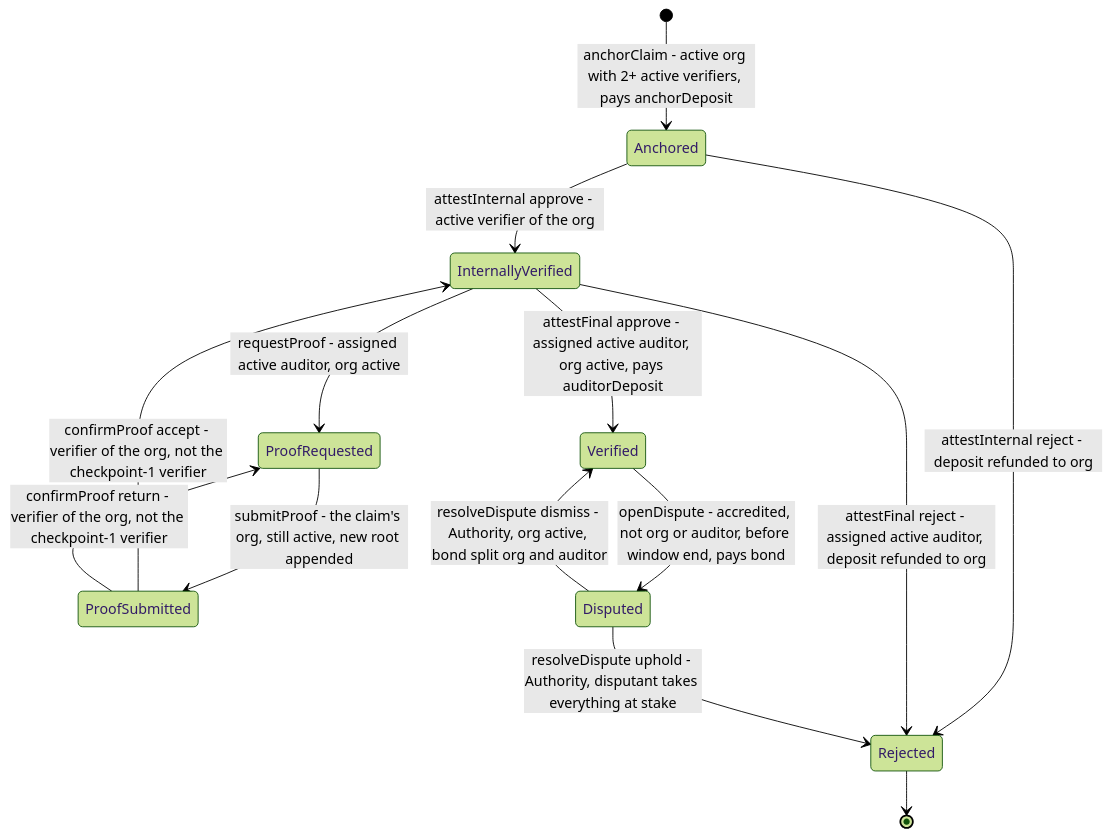
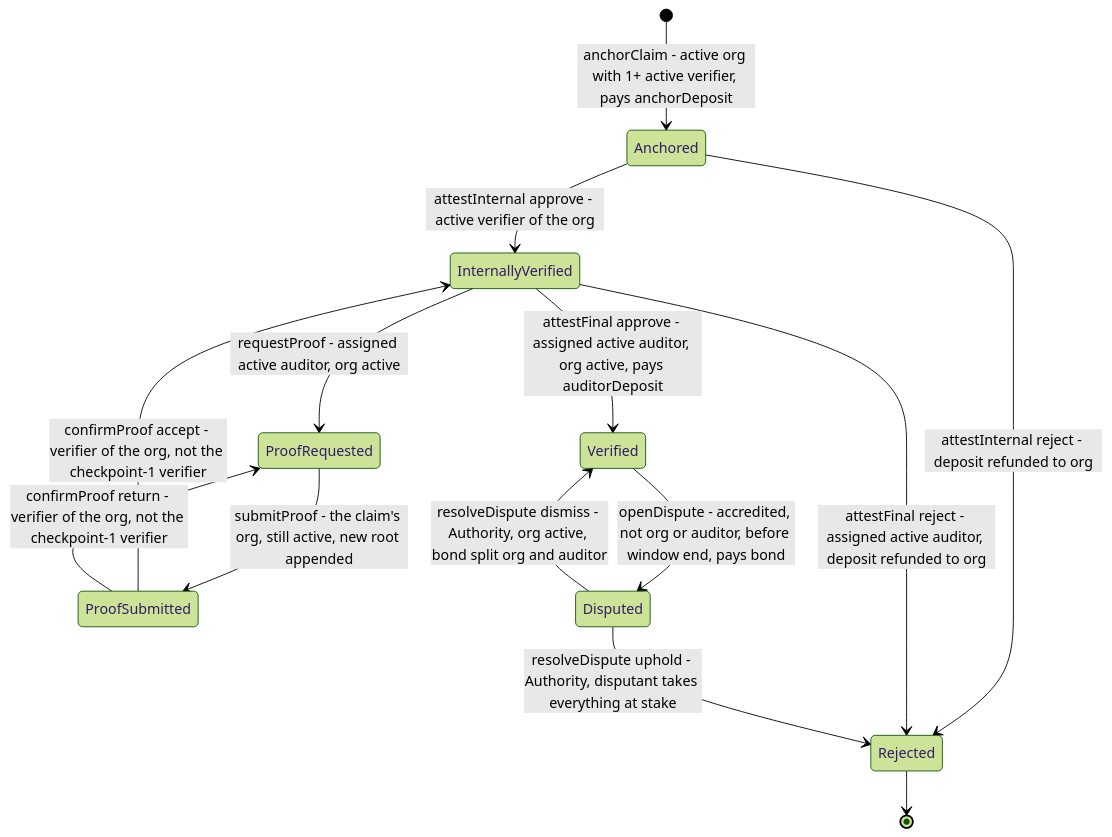
The second of 3 diagrams in docs/ARCHITECTURE.md (gpalfercmd/team-05), drawn with Mermaid (forest theme) before and after one commit. The commit also changed other lines of this file and 38 other files, not shown here.

````diff
--- a/docs/ARCHITECTURE.md
+++ b/docs/ARCHITECTURE.md
@@ -433,16 +407,16 @@
 ```mermaid
 stateDiagram-v2
-  [*] --> Anchored: anchorClaim - active org with 2+ active verifiers, pays anchorDeposit
+  [*] --> Anchored: anchorClaim - active org with 1+ active verifier, pays anchorDeposit
   Anchored --> InternallyVerified: attestInternal approve - active verifier of the org
   Anchored --> Rejected: attestInternal reject - deposit refunded to org
   InternallyVerified --> ProofRequested: requestProof - assigned active auditor, org active
   ProofRequested --> ProofSubmitted: submitProof - the claim's org, still active, new root appended
   ProofSubmitted --> InternallyVerified: confirmProof accept - verifier of the org, not the checkpoint-1 verifier
   ProofSubmitted --> ProofRequested: confirmProof return - verifier of the org, not the checkpoint-1 verifier
   InternallyVerified --> Verified: attestFinal approve - assigned active auditor, org active, pays auditorDeposit
   InternallyVerified --> Rejected: attestFinal reject - assigned active auditor, deposit refunded to org
   Verified --> Disputed: openDispute - accredited, not org or auditor, before window end, pays bond
   Disputed --> Verified: resolveDispute dismiss - Authority, org active, bond split org and auditor
   Disputed --> Rejected: resolveDispute uphold - Authority, disputant takes everything at stake
   Rejected --> [*]
 ```
````
